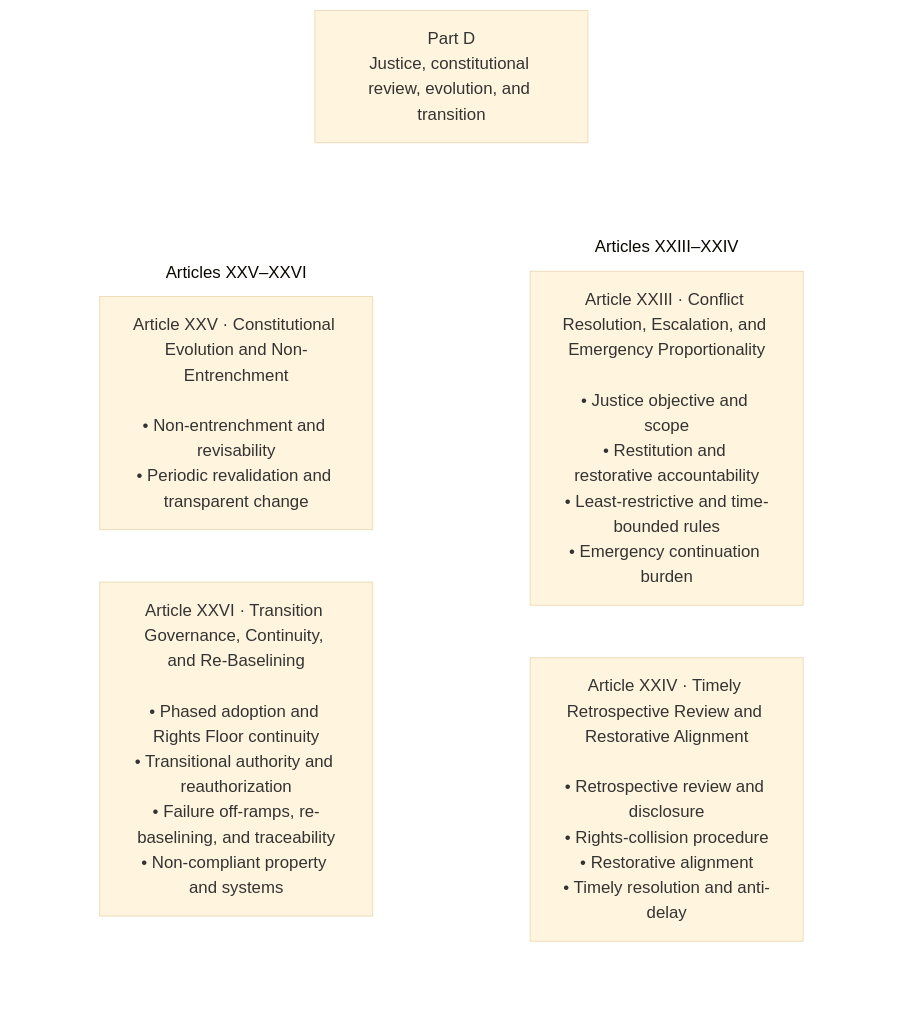
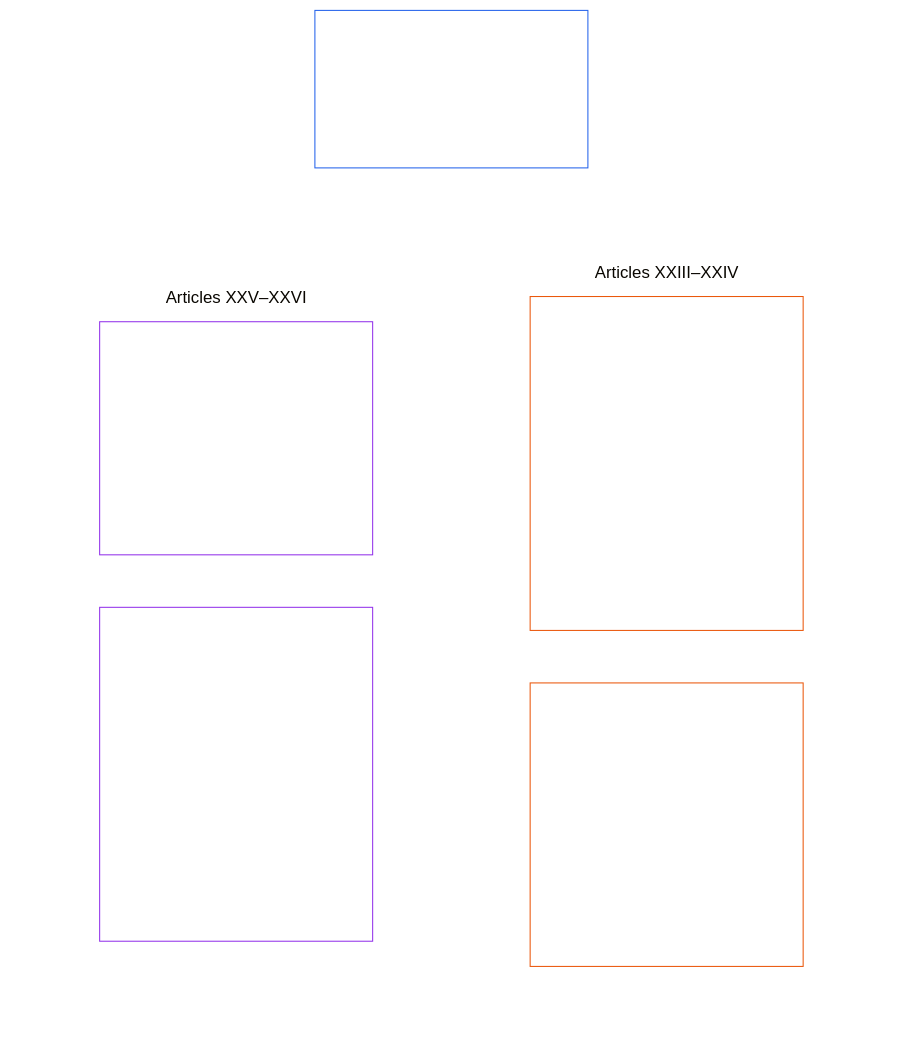
The seventh of 20 diagrams in CONCEPTUAL_OVERVIEW.md (kfoelsch/Sentient_Constitution), drawn with Mermaid (base theme) before and after one commit. The commit also changed other lines of this file and 22 other files, not shown here.

````diff
--- a/CONCEPTUAL_OVERVIEW.md
+++ b/CONCEPTUAL_OVERVIEW.md
@@ -289,21 +334,26 @@
 ```mermaid
 flowchart TB
-    D0["Part D<br/>Justice, constitutional review, evolution, and transition"]
+    D0["Part D<br/><br/>Justice, constitutional review, evolution, and transition"]
     subgraph Dgrid[" "]
         direction TB
         subgraph Drow1["Articles XXIII–XXIV"]
             direction LR
             D1["Article XXIII · Conflict Resolution, Escalation, and Emergency Proportionality<br/><br/>• Justice objective and scope<br/>• Restitution and restorative accountability<br/>• Least-restrictive and time-bounded rules<br/>• Emergency continuation burden"]
             D2["Article XXIV · Timely Retrospective Review and Restorative Alignment<br/><br/>• Retrospective review and disclosure<br/>• Rights-collision procedure<br/>• Restorative alignment<br/>• Timely resolution and anti-delay"]
         end
         subgraph Drow2["Articles XXV–XXVI"]
             direction LR
             D3["Article XXV · Constitutional Evolution and Non-Entrenchment<br/><br/>• Non-entrenchment and revisability<br/>• Periodic revalidation and transparent change"]
             D4["Article XXVI · Transition Governance, Continuity, and Re-Baselining<br/><br/>• Phased adoption and Rights Floor continuity<br/>• Transitional authority and reauthorization<br/>• Failure off-ramps, re-baselining, and traceability<br/>• Non-compliant property and systems"]
         end
     end
     D0 ~~~ Dgrid
     style Dgrid fill:none,stroke:none
     style Drow1 fill:none,stroke:none
     style Drow2 fill:none,stroke:none
+    style D0 fill:none,stroke:#2563eb,color:#ffffff
+    style D1 fill:none,stroke:#ea580c,color:#ffffff
+    style D2 fill:none,stroke:#ea580c,color:#ffffff
+    style D3 fill:none,stroke:#9333ea,color:#ffffff
+    style D4 fill:none,stroke:#9333ea,color:#ffffff
 ```
````
